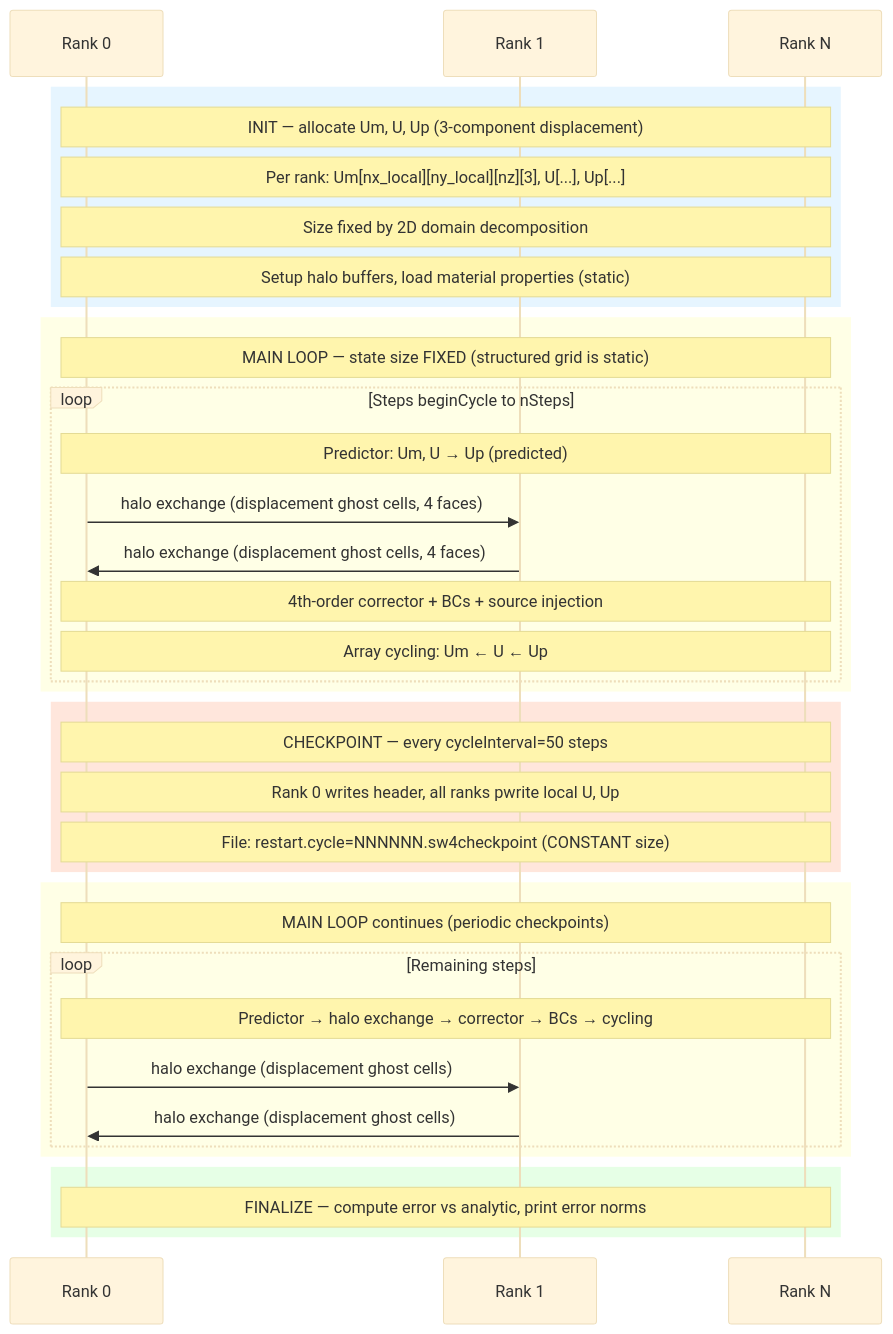
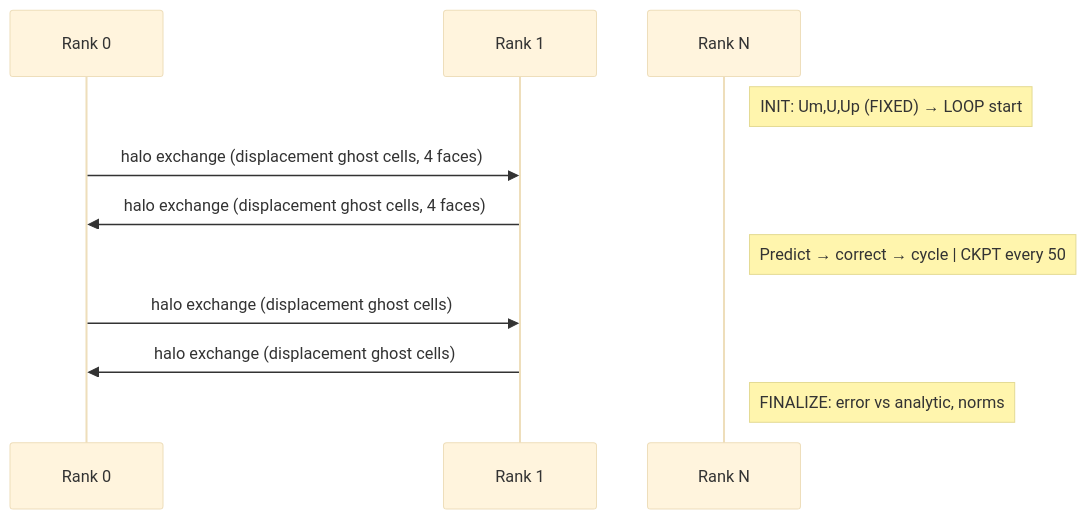
Before and after one commit to ngduchai/guard-agent: the third of 3 diagrams in tests/apps/docs/SW4lite/README.md, drawn with Mermaid (base theme). The commit also changed other lines of this file and 43 other files, not shown here.

````diff
--- a/tests/apps/docs/SW4lite/README.md
+++ b/tests/apps/docs/SW4lite/README.md
@@ -116,43 +114,14 @@
 ```mermaid
 sequenceDiagram
     participant R0 as Rank 0
     participant R1 as Rank 1
     participant RN as Rank N
 
-    rect rgb(230,245,255)
-    Note over R0,RN: INIT — allocate Um, U, Up (3-component displacement)
-    Note over R0,RN: Per rank: Um[nx_local][ny_local][nz][3], U[...], Up[...]
-    Note over R0,RN: Size fixed by 2D domain decomposition
-    Note over R0,RN: Setup halo buffers, load material properties (static)
-    end
-
-    rect rgb(255,255,230)
-    Note over R0,RN: MAIN LOOP — state size FIXED (structured grid is static)
-    loop Steps beginCycle to nSteps
-        Note over R0,RN: Predictor: Um, U → Up (predicted)
-        R0->>R1: halo exchange (displacement ghost cells, 4 faces)
-        R1->>R0: halo exchange (displacement ghost cells, 4 faces)
-        Note over R0,RN: 4th-order corrector + BCs + source injection
-        Note over R0,RN: Array cycling: Um ← U ← Up
-    end
-    end
-
-    rect rgb(255,230,220)
-    Note over R0,RN: CHECKPOINT — every cycleInterval=50 steps
-    Note over R0,RN: Rank 0 writes header, all ranks pwrite local U, Up
-    Note over R0,RN: File: restart.cycle=NNNNNN.sw4checkpoint (CONSTANT size)
-    end
-
-    rect rgb(255,255,230)
-    Note over R0,RN: MAIN LOOP continues (periodic checkpoints)
-    loop Remaining steps
-        Note over R0,RN: Predictor → halo exchange → corrector → BCs → cycling
-        R0->>R1: halo exchange (displacement ghost cells)
-        R1->>R0: halo exchange (displacement ghost cells)
-    end
-    end
-
-    rect rgb(230,255,230)
-    Note over R0,RN: FINALIZE — compute error vs analytic, print error norms
-    end
+    Note right of RN: INIT: Um,U,Up (FIXED) → LOOP start
+    R0->>R1: halo exchange (displacement ghost cells, 4 faces)
+    R1->>R0: halo exchange (displacement ghost cells, 4 faces)
+    Note right of RN: Predict → correct → cycle | CKPT every 50
+    R0->>R1: halo exchange (displacement ghost cells)
+    R1->>R0: halo exchange (displacement ghost cells)
+    Note right of RN: FINALIZE: error vs analytic, norms
 ```
````
